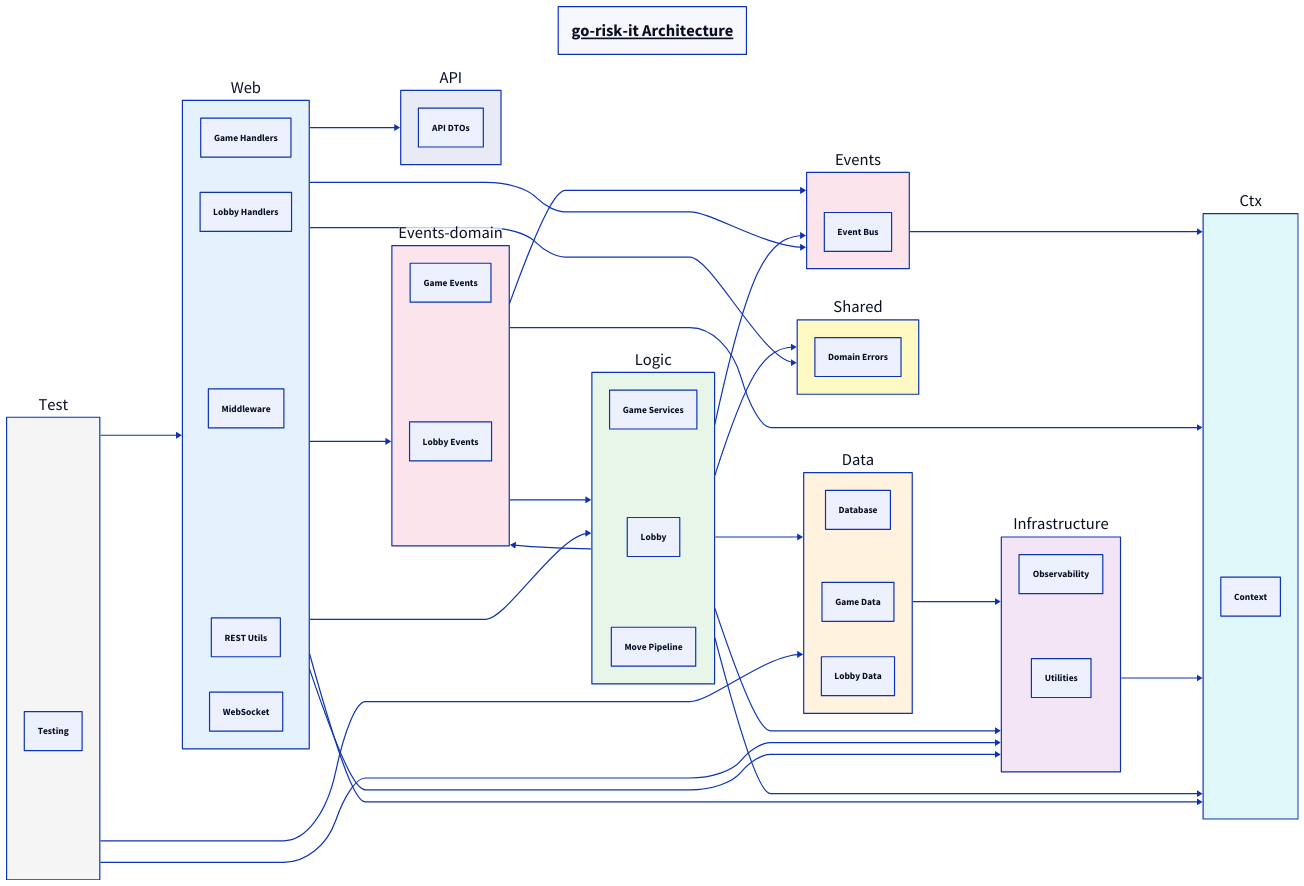
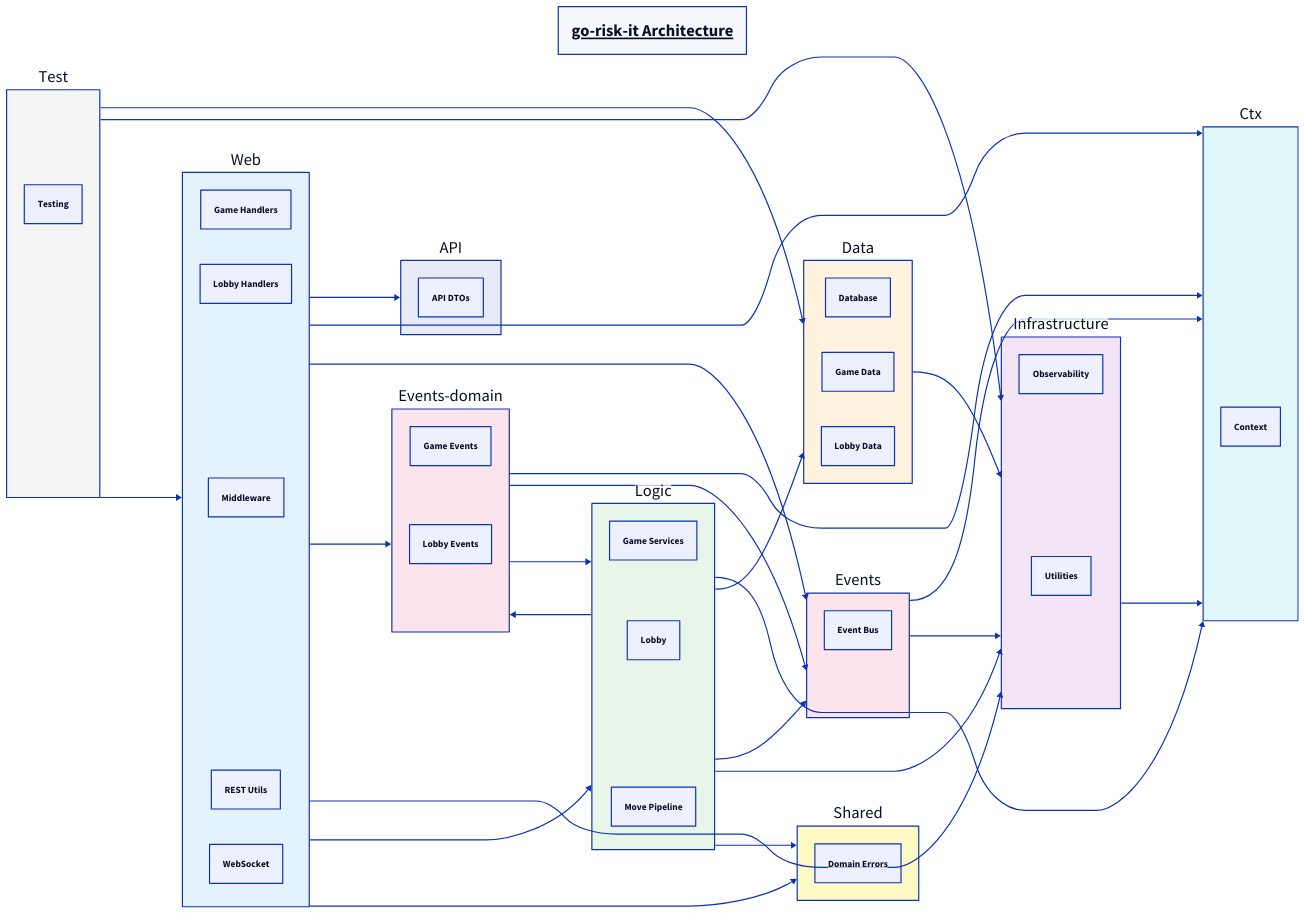
The diagram in docs/architecture-diagram.d2 (go-risk-it/go-risk-it), drawn with D2 before and after one commit. The commit also changed 2 other files, not shown here.

Commit message:
chore(ci): add smart pre-commit hooks for diagram + dashboard freshness
Add two pre-commit hooks gated by file patterns:
- diagrams-freshness: runs `make diagrams-check` only when internal/**/*.go
  or cmd/archdiagram/ files change
- dashboards-freshness: runs `make dashboards-check` only when grafana/
  files change

Also regenerates stale architecture diagram (pre-existing staleness on main).

```diff
--- a/docs/architecture-diagram.d2
+++ b/docs/architecture-diagram.d2
@@ -1,94 +1,95 @@
 # Architecture diagram — auto-generated by cmd/archdiagram.
 # Do not edit manually; run 'make diagrams' to regenerate.
 
 title: go-risk-it Architecture {
   near: top-center
   style.font-size: 28
   style.underline: true
 }
 
 direction: right
 
 api: API {
   style.fill: "#E8EAF6"
   api_dtos: "API DTOs"
 }
 
 infrastructure: Infrastructure {
   style.fill: "#F3E5F5"
   observability: "Observability"
   utilities: "Utilities"
 }
 
 ctx: Ctx {
   style.fill: "#E0F7FA"
   context: "Context"
 }
 
 data: Data {
   style.fill: "#FFF3E0"
   database: "Database"
   game_data: "Game Data"
   lobby_data: "Lobby Data"
 }
 
 events: Events {
   style.fill: "#FCE4EC"
   event_bus: "Event Bus"
 }
 
 events_domain: Events-domain {
   style.fill: "#FCE4EC"
   game_events: "Game Events"
   lobby_events: "Lobby Events"
 }
 
 shared: Shared {
   style.fill: "#FFF9C4"
   domain_errors: "Domain Errors"
 }
 
 logic: Logic {
   style.fill: "#E8F5E9"
   game_services: "Game Services"
   lobby_logic: "Lobby"
   move_pipeline: "Move Pipeline"
 }
 
 web: Web {
   style.fill: "#E3F2FD"
   game_handlers: "Game Handlers"
   lobby_handlers: "Lobby Handlers"
   middleware: "Middleware"
   rest_utils: "REST Utils"
   websocket: "WebSocket"
 }
 
 test: Test {
   style.fill: "#F5F5F5"
   testing: "Testing"
 }
 
 # Cross-layer dependencies (layer-to-layer)
 data -> infrastructure
 events -> ctx
+events -> infrastructure
 events_domain -> ctx
 events_domain -> events
 events_domain -> logic
 infrastructure -> ctx
 logic -> ctx
 logic -> data
 logic -> events
 logic -> events_domain
 logic -> infrastructure
 logic -> shared
 test -> data
 test -> infrastructure
 test -> web
 web -> api
 web -> ctx
 web -> events
 web -> events_domain
 web -> infrastructure
 web -> logic
 web -> shared
```
